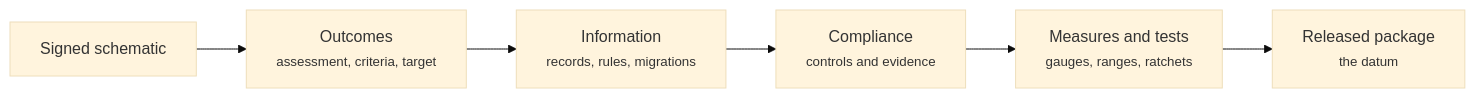
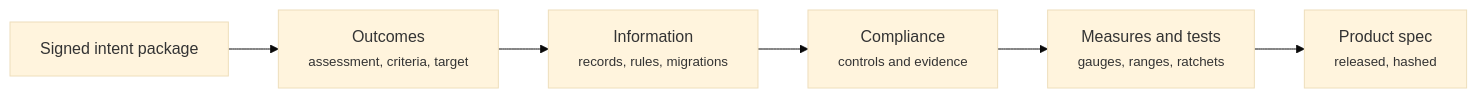
Before and after one commit to russlittle/ZTHR: the first of 3 diagrams in intent/docs/line/engineering.md, drawn with Mermaid (base theme). The commit also changed other lines of this file and 76 other files, not shown here.

````diff
--- a/intent/docs/line/engineering.md
+++ b/intent/docs/line/engineering.md
@@ -11,14 +11,14 @@
 ```mermaid
 flowchart LR
-  s["Signed schematic"]
+  s["Signed intent package"]
   o["Outcomes<br><small>assessment, criteria, target</small>"]
   i["Information<br><small>records, rules, migrations</small>"]
   c["Compliance<br><small>controls and evidence</small>"]
   m["Measures and tests<br><small>gauges, ranges, ratchets</small>"]
-  p["Released package<br><small>the datum</small>"]
+  p["Product spec<br><small>released, hashed</small>"]
   s --> o
   o --> i
   i --> c
   c --> m
   m --> p
 ```
````
